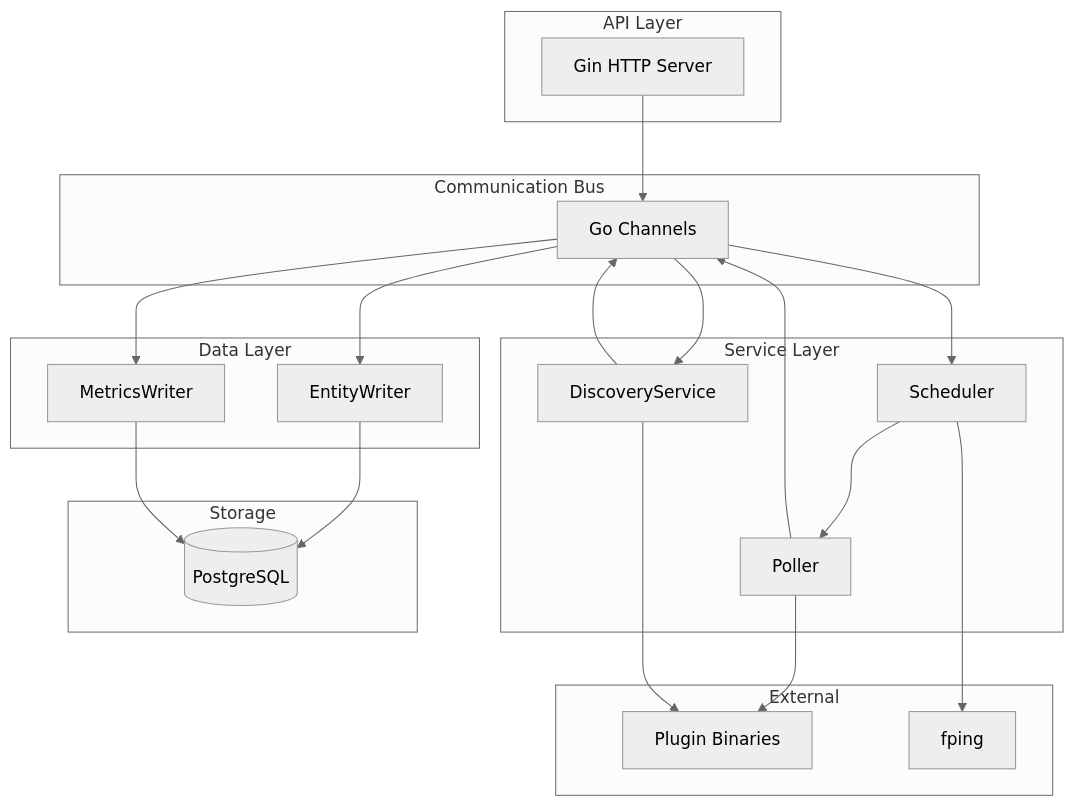
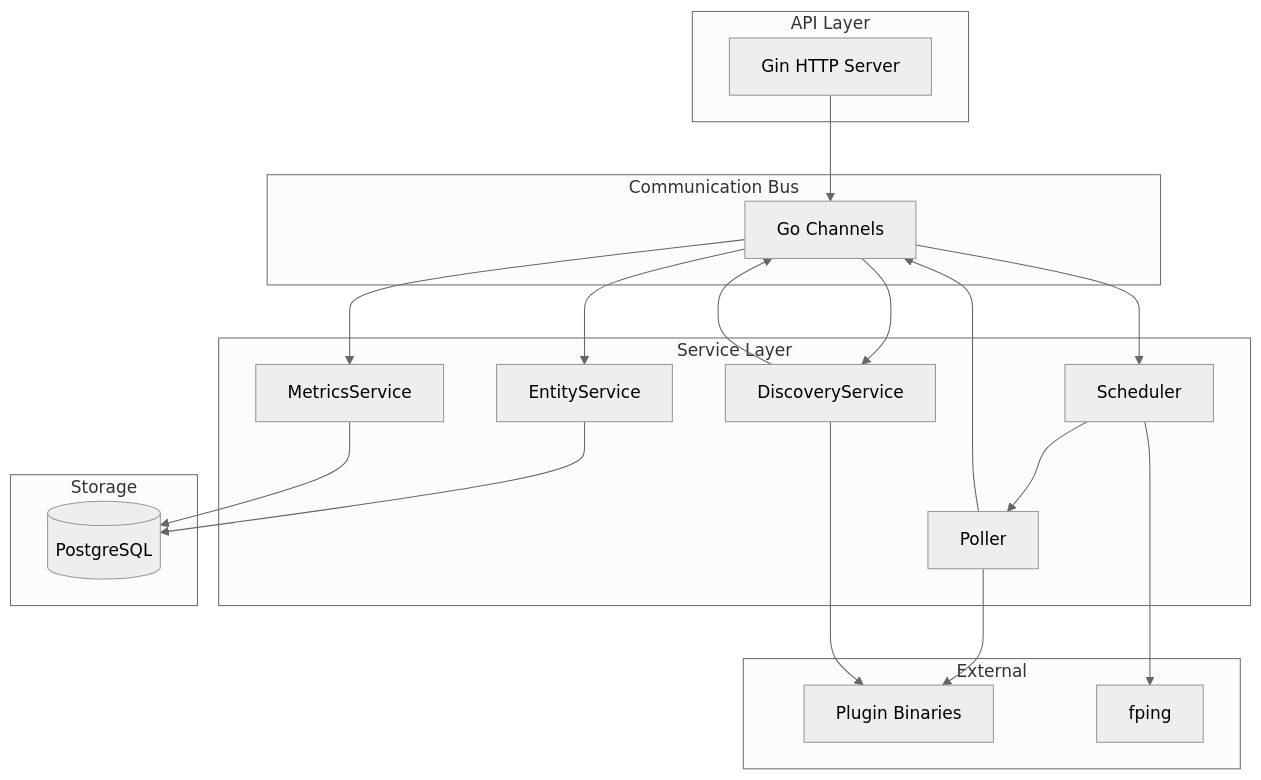
Before and after one commit to PremModhaOfficial/nms: the first of 10 diagrams in ARCHITECTURE.md, drawn with Mermaid (neutral theme). The commit also changed other lines of this file and 24 other files, not shown here.

````diff
--- a/ARCHITECTURE.md
+++ b/ARCHITECTURE.md
@@ -21,47 +21,44 @@
 ```mermaid
 graph TB
     subgraph "API Layer"
         API[Gin HTTP Server]
     end
 
     subgraph "Communication Bus"
         CH[Go Channels]
     end
 
     subgraph "Service Layer"
         SCH[Scheduler]
         POL[Poller]
         DISC[DiscoveryService]
-    end
-
-    subgraph "Data Layer"
-        EW[EntityWriter]
-        MW[MetricsWriter]
+        ES[EntityService]
+        MS[MetricsService]
     end
 
     subgraph "Storage"
         PG[(PostgreSQL)]
     end
 
     subgraph "External"
         PLUGINS[Plugin Binaries]
         FPING[fping]
     end
 
     API --> CH
     CH --> SCH
     CH --> DISC
-    CH --> EW
-    CH --> MW
+    CH --> ES
+    CH --> MS
 
     SCH --> POL
     POL --> CH
     DISC --> CH
 
     POL --> PLUGINS
     DISC --> PLUGINS
     SCH --> FPING
 
-    EW --> PG
-    MW --> PG
+    ES --> PG
+    MS --> PG
 ```
````
